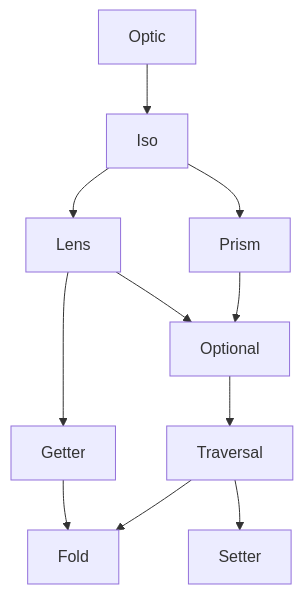
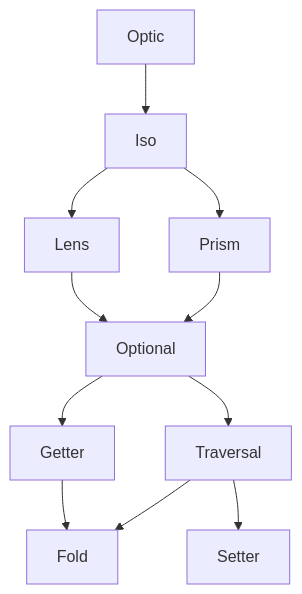
The diagram in README.md (fp-ts/optic), drawn with Mermaid before and after one commit. The commit also changed other lines of this file and 2 other files, not shown here.

````diff
--- a/README.md
+++ b/README.md
@@ -19,13 +19,13 @@
 ```mermaid
 flowchart TD
   Optic --> Iso
   Iso --> Lens
   Iso --> Prism
   Lens --> Optional
   Prism --> Optional
   Optional --> Traversal
-  Lens --> Getter
+  Optional --> Getter
   Getter --> Fold
   Traversal --> Fold
   Traversal --> Setter
 ```
````
